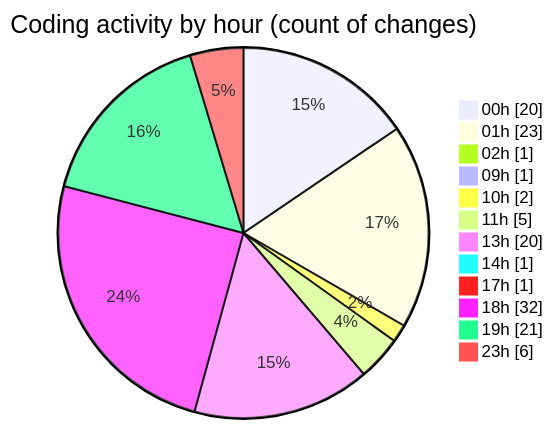
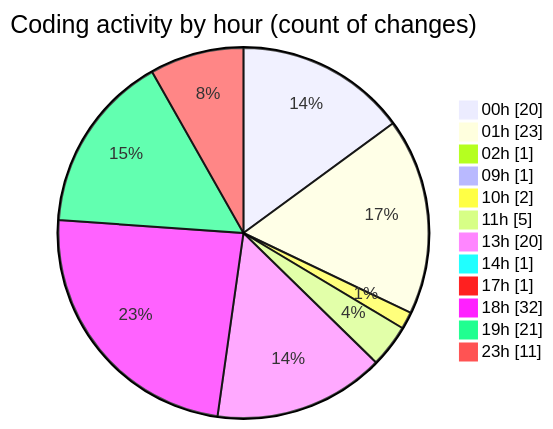
Before and after one commit to julien-gomy/code-tracking: the second of 2 diagrams in 2025-10-16/eventscop-frontend-guide__workspace_/README.md, drawn with Mermaid. The commit also changed other lines of this file and 1 other file, not shown here.

````diff
--- a/2025-10-16/eventscop-frontend-guide__workspace_/README.md
+++ b/2025-10-16/eventscop-frontend-guide__workspace_/README.md
@@ -66,16 +66,16 @@
 ```mermaid
 pie showData
 title Coding activity by hour (count of changes)
 "00h" : 20
 "01h" : 23
 "02h" : 1
 "09h" : 1
 "10h" : 2
 "11h" : 5
 "13h" : 20
 "14h" : 1
 "17h" : 1
 "18h" : 32
 "19h" : 21
-"23h" : 6
+"23h" : 11
 ```
````
